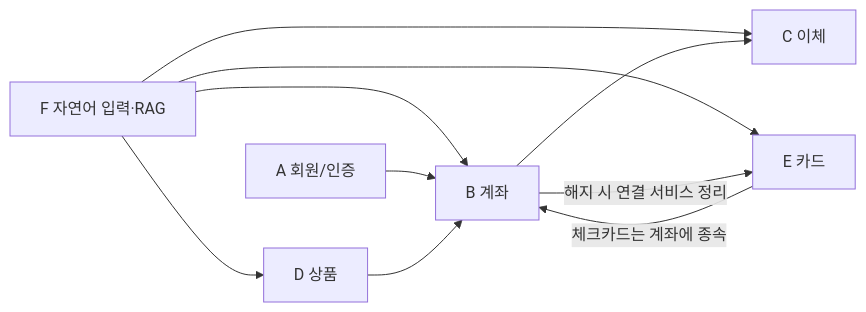
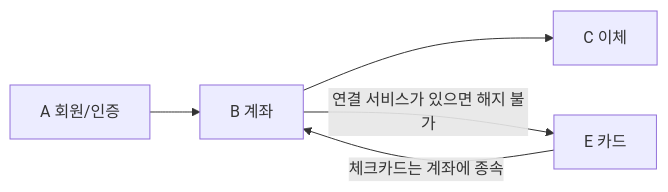
The diagram in 은행앱_기능설계_취합.md (jimin3452-create/banking-web-app), drawn with Mermaid before and after one commit. The commit also changed other lines of this file, not shown here.

````diff
--- a/은행앱_기능설계_취합.md
+++ b/은행앱_기능설계_취합.md
@@ -63,12 +34,7 @@
 ```mermaid
 flowchart LR
-    F["F 자연어 입력·RAG"] --> B["B 계좌"]
-    F --> C["C 이체"]
-    F --> D["D 상품"]
-    F --> E["E 카드"]
-    A["A 회원/인증"] --> B
-    B --> C
-    D --> B
-    E -->|"체크카드는 계좌에 종속"| B
-    B -->|"해지 시 연결 서비스 정리"| E
+    A["A 회원/인증"] --> B["B 계좌"]
+    B --> C["C 이체"]
+    E["E 카드"] -->|"체크카드는 계좌에 종속"| B
+    B -->|"연결 서비스가 있으면 해지 불가"| E
 ```
````
